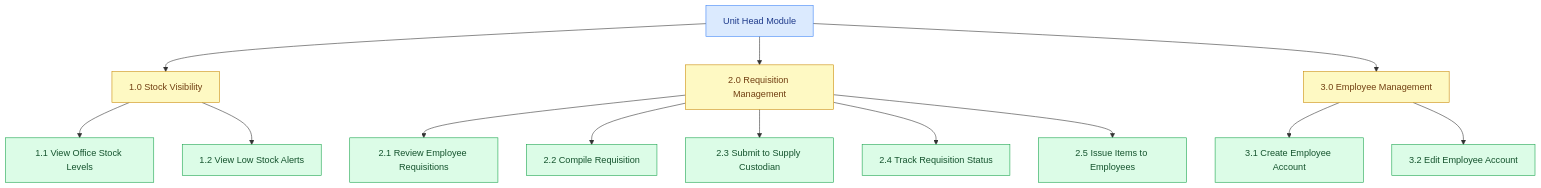
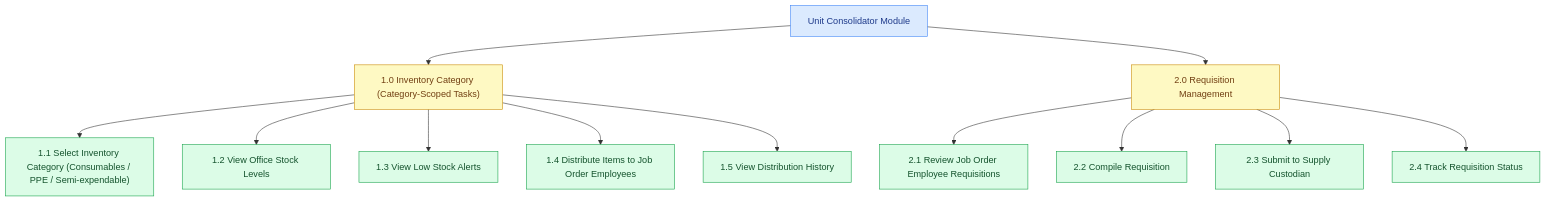
One commit to Daaanj05/owwa_inventory changed the third of 4 diagrams in docs/HIPO_USER_BASED.md. Above: the diagram before and after it, drawn with Mermaid. The commit also changed other lines of this file and 569 other files, not shown here.

````diff
--- a/docs/HIPO_USER_BASED.md
+++ b/docs/HIPO_USER_BASED.md
@@ -79,24 +124,22 @@
 ```mermaid
 flowchart TD
-    A["Unit Head Module"]:::root
+    A["Unit Consolidator Module"]:::root
 
-    A --> B["1.0 Stock Visibility"]:::mod
+    A --> Z["1.0 Inventory Category (Category-Scoped Tasks)"]:::mod
     A --> C["2.0 Requisition Management"]:::mod
-    A --> D["3.0 Employee Management"]:::mod
 
-    B --> B1["1.1 View Office Stock Levels"]:::sub
-    B --> B2["1.2 View Low Stock Alerts"]:::sub
+    Z --> Z1["1.1 Select Inventory Category (Consumables / PPE / Semi-expendable)"]:::sub
+    Z --> Z2["1.2 View Office Stock Levels"]:::sub
+    Z --> Z3["1.3 View Low Stock Alerts"]:::sub
+    Z --> Z4["1.4 Distribute Items to Job Order Employees"]:::sub
+    Z --> Z5["1.5 View Distribution History"]:::sub
 
-    C --> C1["2.1 Review Employee Requisitions"]:::sub
+    C --> C1["2.1 Review Job Order Employee Requisitions"]:::sub
     C --> C2["2.2 Compile Requisition"]:::sub
     C --> C3["2.3 Submit to Supply Custodian"]:::sub
     C --> C4["2.4 Track Requisition Status"]:::sub
-    C --> C5["2.5 Issue Items to Employees"]:::sub
-
-    D --> D1["3.1 Create Employee Account"]:::sub
-    D --> D2["3.2 Edit Employee Account"]:::sub
 
     classDef root fill:#dbeafe,color:#1e3a8a,stroke:#3b82f6
     classDef mod fill:#fef9c3,color:#713f12,stroke:#ca8a04
     classDef sub fill:#dcfce7,color:#14532d,stroke:#16a34a
 ```
````
